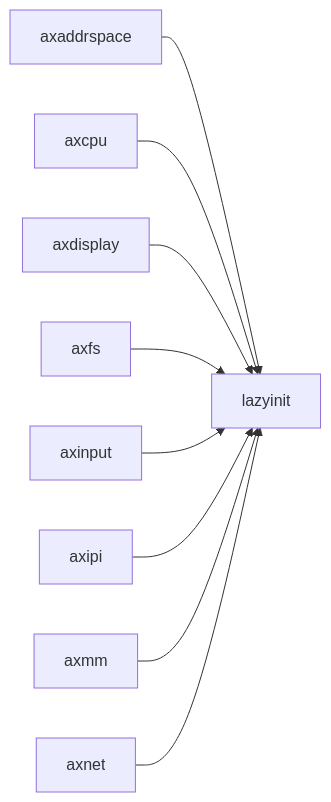
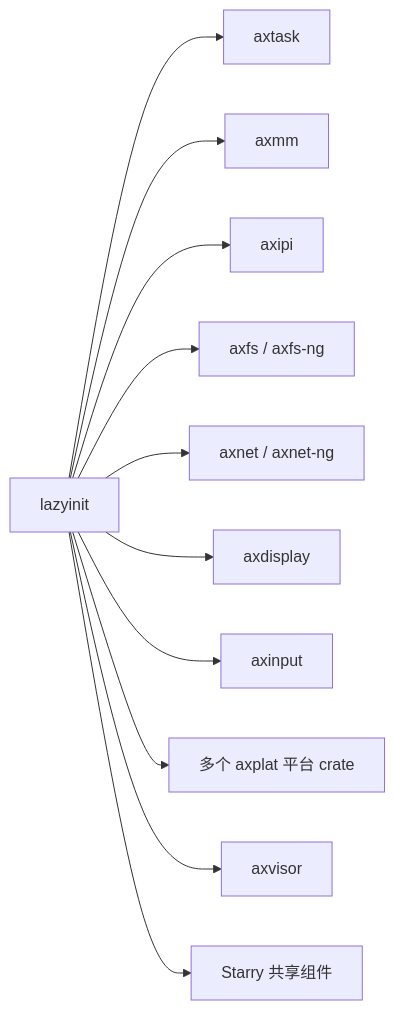
Before and after one commit to rcore-os/tgoskits: the second of 2 diagrams in docs/crates/lazyinit.md, drawn with Mermaid. The commit also changed other lines of this file and 99 other files, not shown here.

````diff
--- a/docs/crates/lazyinit.md
+++ b/docs/crates/lazyinit.md
@@ -32,12 +72,13 @@
 ```mermaid
 graph LR
-    current["lazyinit"]
-    axaddrspace["axaddrspace"] --> current
-    axcpu["axcpu"] --> current
-    axdisplay["axdisplay"] --> current
-    axfs["axfs"] --> current
-    axinput["axinput"] --> current
-    axipi["axipi"] --> current
-    axmm["axmm"] --> current
-    axnet["axnet"] --> current
+    lazyinit["lazyinit"] --> axtask["axtask"]
+    lazyinit --> axmm["axmm"]
+    lazyinit --> axipi["axipi"]
+    lazyinit --> axfs["axfs / axfs-ng"]
+    lazyinit --> axnet["axnet / axnet-ng"]
+    lazyinit --> axdisplay["axdisplay"]
+    lazyinit --> axinput["axinput"]
+    lazyinit --> axplat["多个 axplat 平台 crate"]
+    lazyinit --> axvisor["axvisor"]
+    lazyinit --> starry["Starry 共享组件"]
 ```
````
